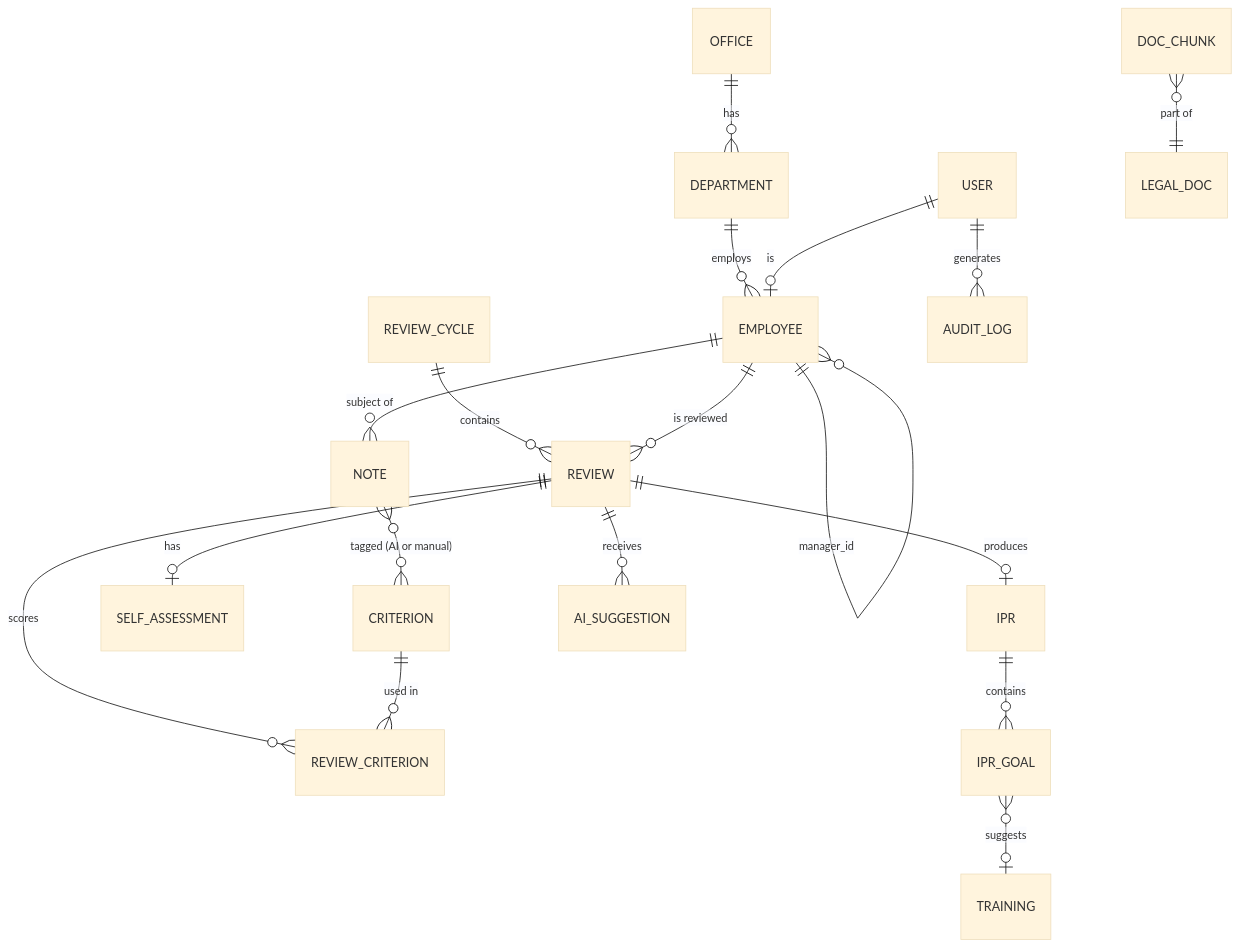
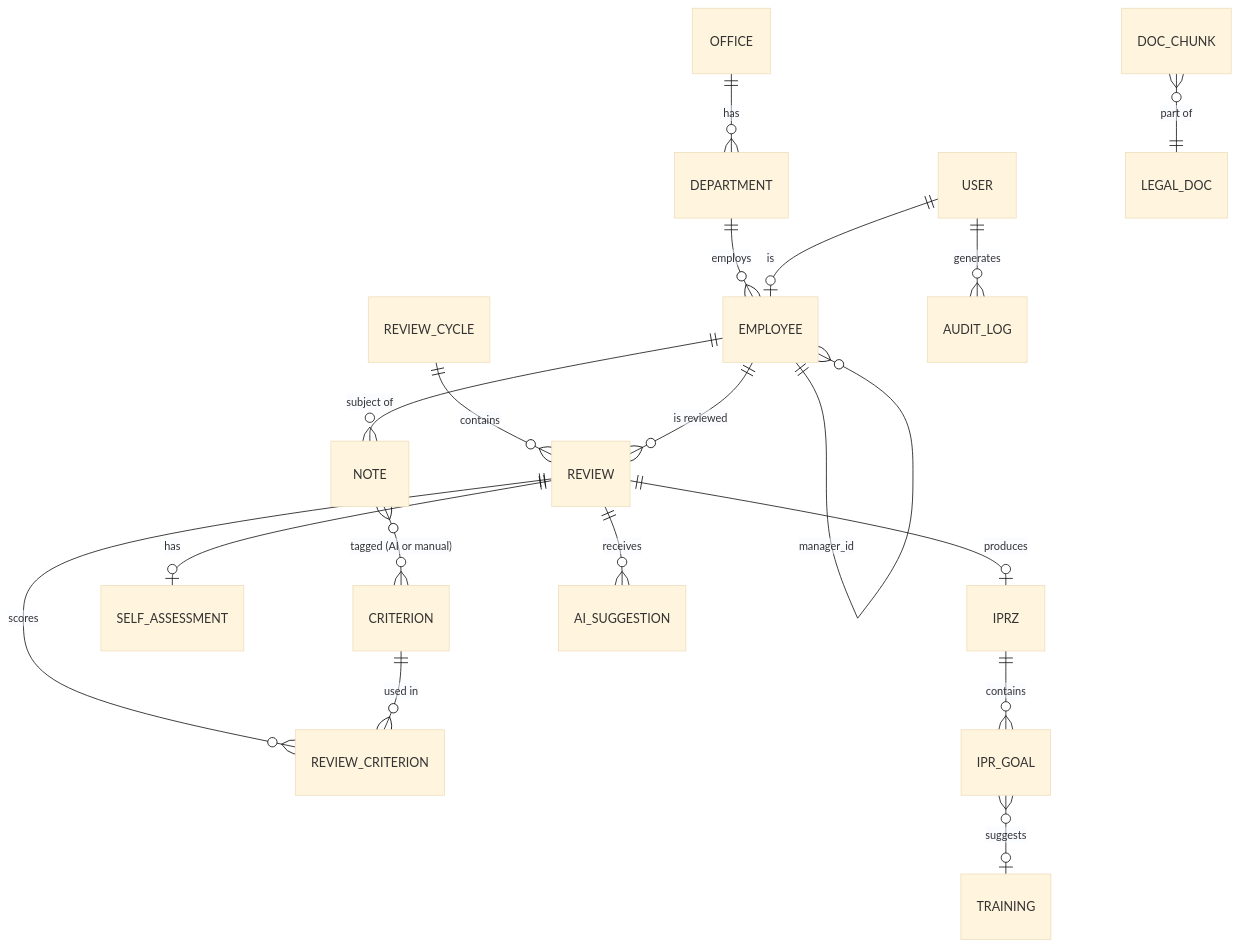
The second of 4 diagrams in ARCHITECTURE.md (kahvell/cyfrowy-asystent-ocen), drawn with Mermaid (base theme) before and after one commit. The commit also changed other lines of this file and 26 other files, not shown here.

First line of the commit message:
Skrót IPRZ zamiast IPR w tekstach widocznych dla użytkownika

````diff
--- a/ARCHITECTURE.md
+++ b/ARCHITECTURE.md
@@ -150,24 +150,24 @@
 ```mermaid
 erDiagram
     OFFICE ||--o{ DEPARTMENT : has
     DEPARTMENT ||--o{ EMPLOYEE : employs
     EMPLOYEE ||--o{ EMPLOYEE : "manager_id"
     USER ||--o| EMPLOYEE : "is"
 
     REVIEW_CYCLE ||--o{ REVIEW : contains
     EMPLOYEE ||--o{ REVIEW : "is reviewed"
     REVIEW ||--o{ REVIEW_CRITERION : scores
     CRITERION ||--o{ REVIEW_CRITERION : "used in"
 
     EMPLOYEE ||--o{ NOTE : "subject of"
     NOTE }o--o{ CRITERION : "tagged (AI or manual)"
 
     REVIEW ||--o| SELF_ASSESSMENT : has
-    REVIEW ||--o| IPR : produces
-    IPR ||--o{ IPR_GOAL : contains
+    REVIEW ||--o| IPRZ : produces
+    IPRZ ||--o{ IPR_GOAL : contains
     IPR_GOAL }o--o| TRAINING : suggests
 
     REVIEW ||--o{ AI_SUGGESTION : receives
     DOC_CHUNK }o--|| LEGAL_DOC : "part of"
     USER ||--o{ AUDIT_LOG : generates
 ```
````
